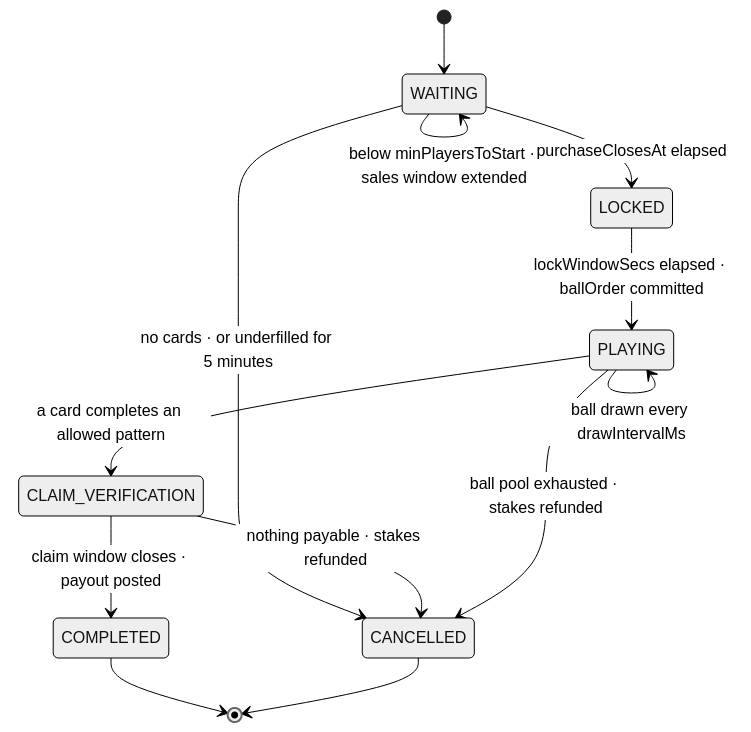
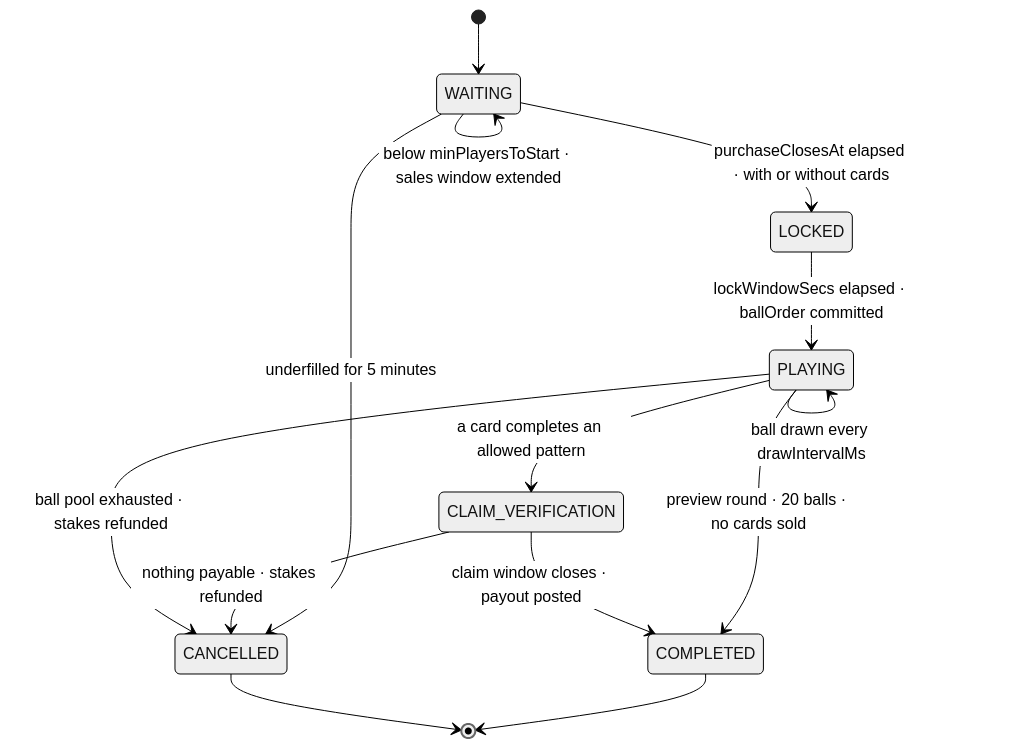
Before and after one commit to devet360/bingo: the sixth of 6 diagrams in docs/ARCHITECTURE.md, drawn with Mermaid (neutral theme). The commit also changed other lines of this file and 5 other files, not shown here.

First line of the commit message:
Enhance round flow to include preview for rounds with no card sales

````diff
--- a/docs/ARCHITECTURE.md
+++ b/docs/ARCHITECTURE.md
@@ -417,16 +417,17 @@
 ```mermaid
 stateDiagram-v2
   [*] --> WAITING
   WAITING --> WAITING: cards sold · pot recalculated
   WAITING --> WAITING: below minPlayersToStart · sales window extended
-  WAITING --> CANCELLED: no cards · or underfilled for 5 minutes
-  WAITING --> LOCKED: purchaseClosesAt elapsed
+  WAITING --> CANCELLED: underfilled for 5 minutes
+  WAITING --> LOCKED: purchaseClosesAt elapsed · with or without cards
   LOCKED --> PLAYING: lockWindowSecs elapsed · ballOrder committed
   PLAYING --> PLAYING: ball drawn every drawIntervalMs
   PLAYING --> CLAIM_VERIFICATION: a card completes an allowed pattern
+  PLAYING --> COMPLETED: preview round · 20 balls · no cards sold
   CLAIM_VERIFICATION --> COMPLETED: claim window closes · payout posted
   CLAIM_VERIFICATION --> CANCELLED: nothing payable · stakes refunded
   PLAYING --> CANCELLED: ball pool exhausted · stakes refunded
   COMPLETED --> [*]
   CANCELLED --> [*]
 ```
````
